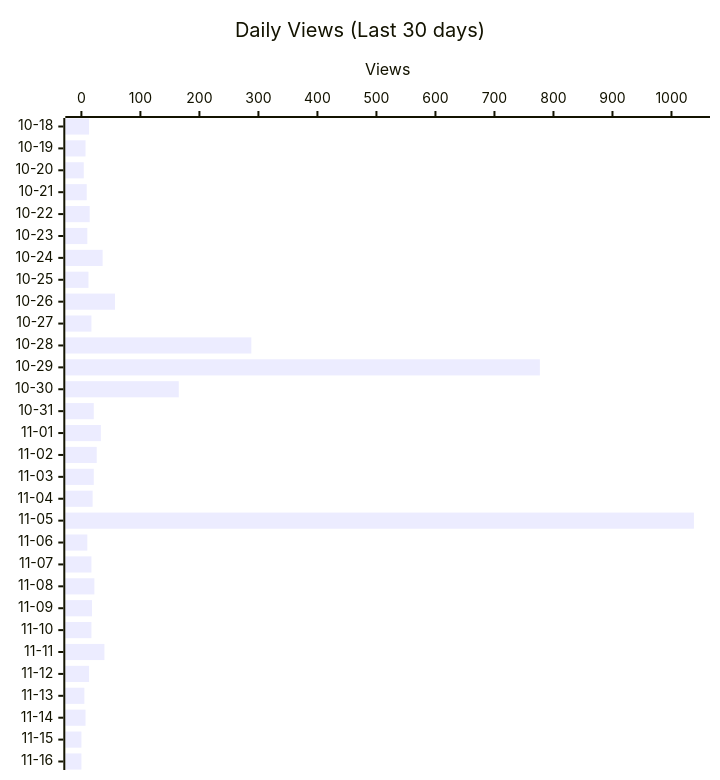
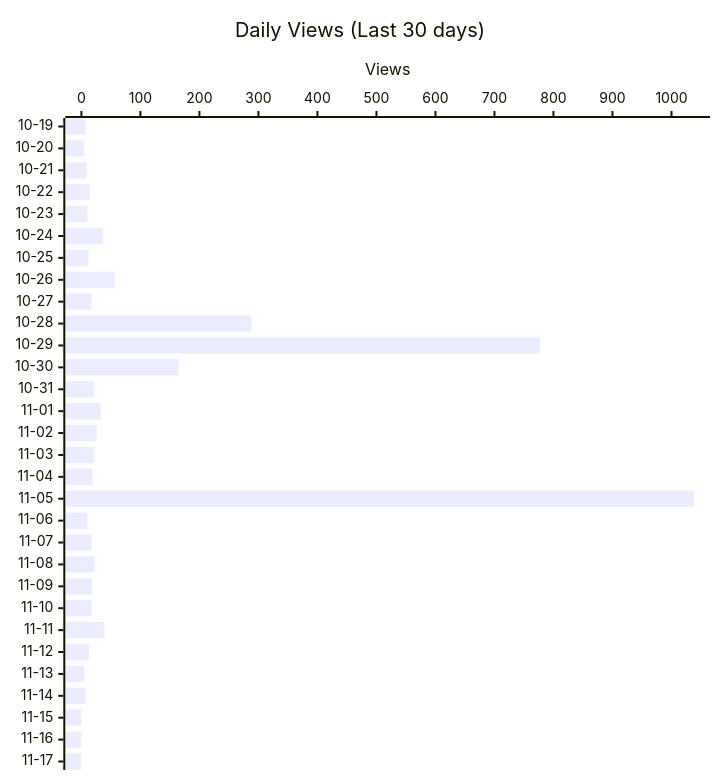
Before and after one commit to shigechika/github-insights: the second of 4 diagrams in README.md, drawn with Mermaid. The commit also changed other lines of this file and 1 other file, not shown here.

````diff
--- a/README.md
+++ b/README.md
@@ -28,12 +28,12 @@
 ```mermaid
 ---
 config:
   xyChart:
     height: 760
 ---
 xychart-beta horizontal
     title "Daily Views (Last 30 days)"
-    x-axis ["10-18", "10-19", "10-20", "10-21", "10-22", "10-23", "10-24", "10-25", "10-26", "10-27", "10-28", "10-29", "10-30", "10-31", "11-01", "11-02", "11-03", "11-04", "11-05", "11-06", "11-07", "11-08", "11-09", "11-10", "11-11", "11-12", "11-13", "11-14", "11-15", "11-16"]
+    x-axis ["10-19", "10-20", "10-21", "10-22", "10-23", "10-24", "10-25", "10-26", "10-27", "10-28", "10-29", "10-30", "10-31", "11-01", "11-02", "11-03", "11-04", "11-05", "11-06", "11-07", "11-08", "11-09", "11-10", "11-11", "11-12", "11-13", "11-14", "11-15", "11-16", "11-17"]
     y-axis "Views"
-    bar [13, 7, 4, 9, 14, 10, 36, 12, 57, 17, 288, 777, 165, 21, 33, 26, 21, 19, 1038, 10, 17, 22, 18, 17, 39, 13, 5, 7, 0, 0]
+    bar [7, 4, 9, 14, 10, 36, 12, 57, 17, 288, 777, 165, 21, 33, 26, 21, 19, 1038, 10, 17, 22, 18, 17, 39, 13, 5, 7, 0, 0, 0]
 ```
````
